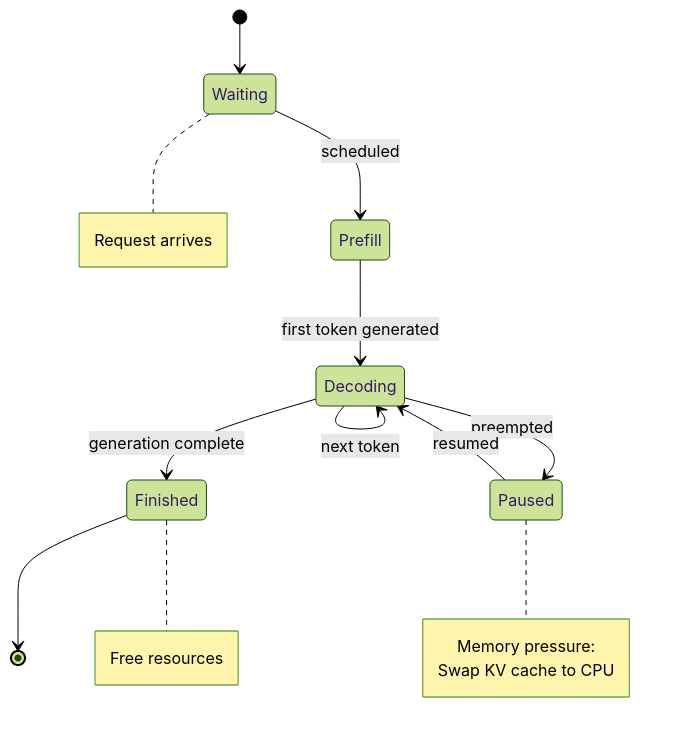
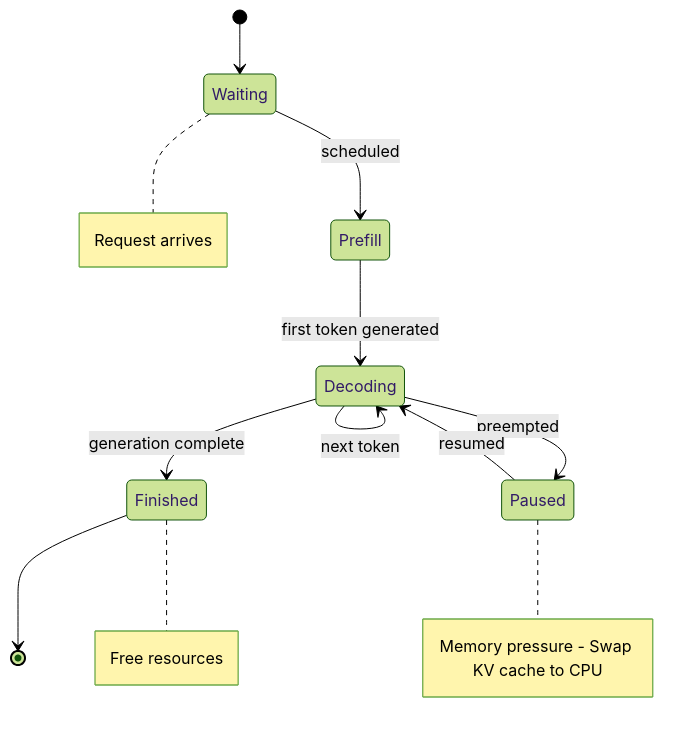
Diagram 28 of 37 in lab0.2/README.md (Shahriarin2garden/vllm_from_scratch), drawn with Mermaid (forest theme) before and after one commit. The commit also changed other lines of this file, not shown here.

Commit message:
Refactor diagrams in README.md for improved clarity and detail on memory access patterns and resource management

````diff
--- a/lab0.2/README.md
+++ b/lab0.2/README.md
@@ -930,24 +934,15 @@
 ```mermaid
 stateDiagram-v2
     [*] --> Waiting
     Waiting --> Prefill: scheduled
     Prefill --> Decoding: first token generated
     Decoding --> Decoding: next token
     Decoding --> Finished: generation complete
     Decoding --> Paused: preempted
     Paused --> Decoding: resumed
     Finished --> [*]
     
-    note right of Waiting
-        Request arrives
-    end note
-    
-    note right of Paused
-        Memory pressure:
-        Swap KV cache to CPU
-    end note
-    
-    note right of Finished
-        Free resources
-    end note
+    note right of Waiting: Request arrives
+    note right of Paused: Memory pressure - Swap KV cache to CPU
+    note right of Finished: Free resources
 ```
````
